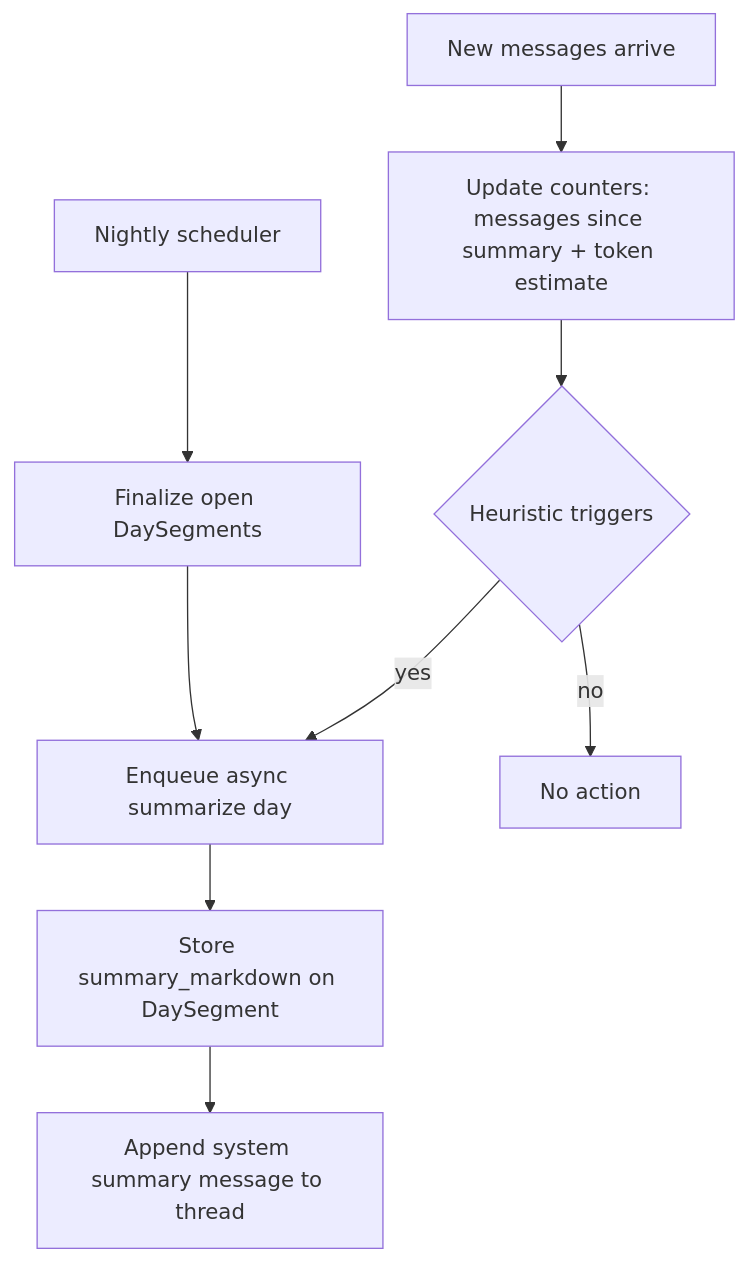
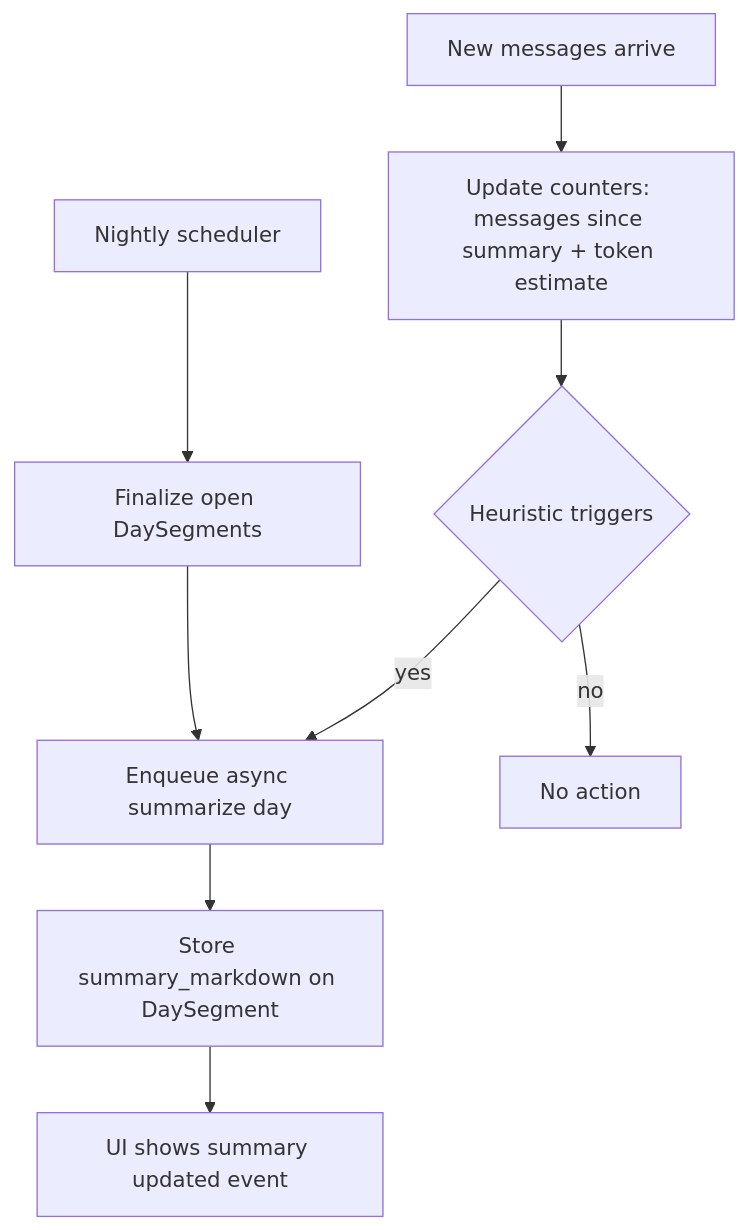
Before and after one commit to AMairesse/Nova: the fourth of 5 diagrams in plans/continuous_discussion.md, drawn with Mermaid. The commit also changed other lines of this file and 46 other files, not shown here.

````diff
--- a/plans/continuous_discussion.md
+++ b/plans/continuous_discussion.md
@@ -411,11 +677,11 @@
 ```mermaid
 flowchart TD
   A[New messages arrive] --> B[Update counters: messages since summary + token estimate]
   B --> C{Heuristic triggers}
   C -->|yes| D[Enqueue async summarize day]
   C -->|no| E[No action]
   F[Nightly scheduler] --> G[Finalize open DaySegments]
   G --> D
   D --> H[Store summary_markdown on DaySegment]
-  H --> I[Append system summary message to thread]
+  H --> I[UI shows summary updated event]
 ```
````
